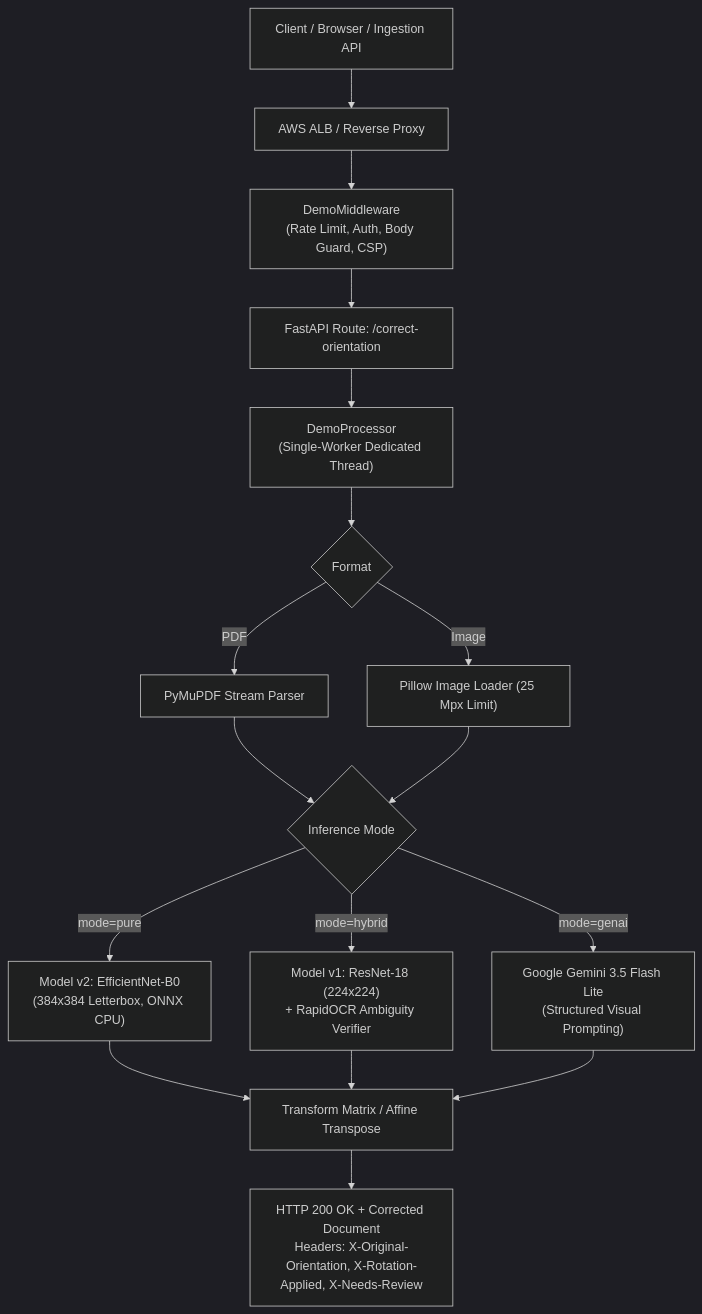
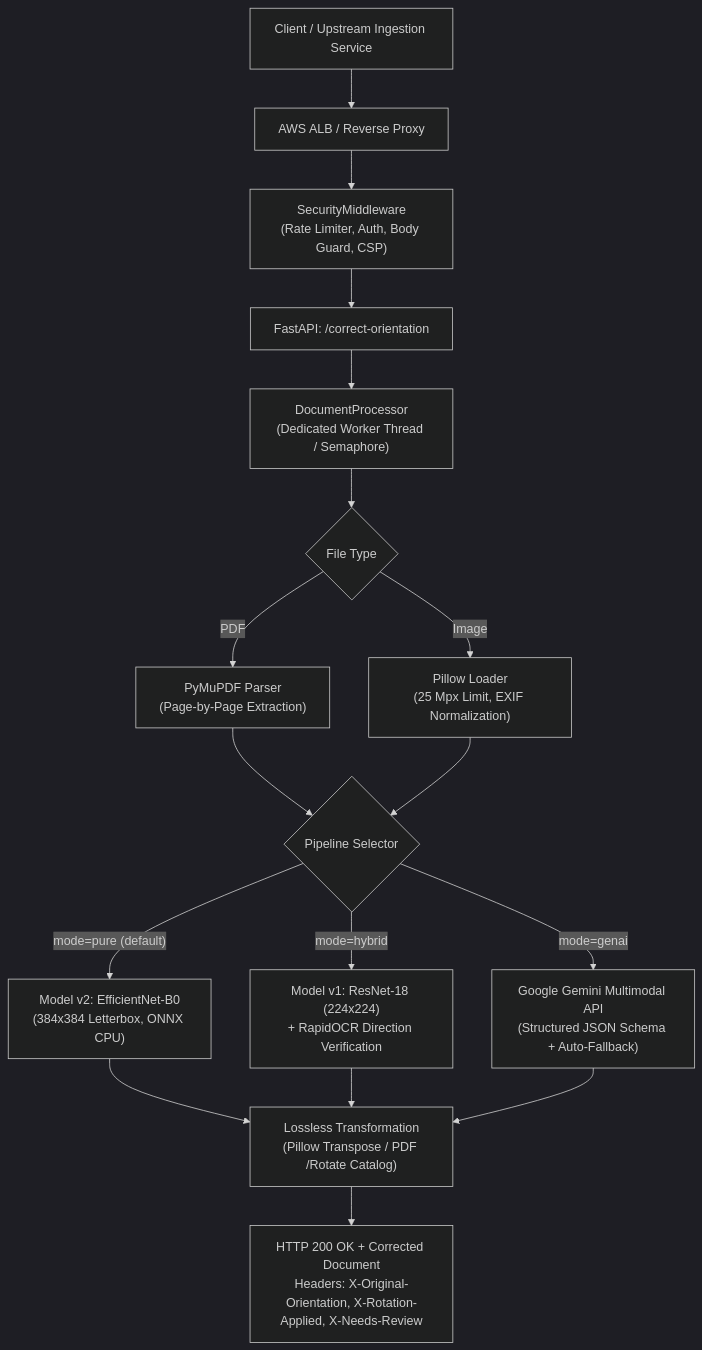
One commit to Kiril2206/doc-orientation-api changed the diagram in README.md. Above: the diagram before and after it, drawn with Mermaid (dark theme). The commit also changed other lines of this file and 18 other files, not shown here.

````diff
--- a/README.md
+++ b/README.md
@@ -32,24 +33,24 @@
 ```mermaid
 flowchart TD
-    Client["Client / Browser / Ingestion API"] --> ALB["AWS ALB / Reverse Proxy"]
-    ALB --> MW["DemoMiddleware\n(Rate Limit, Auth, Body Guard, CSP)"]
-    MW --> Route["FastAPI Route: /correct-orientation"]
-    Route --> Proc["DemoProcessor\n(Single-Worker Dedicated Thread)"]
+    Client["Client / Upstream Ingestion Service"] --> ALB["AWS ALB / Reverse Proxy"]
+    ALB --> MW["SecurityMiddleware\n(Rate Limiter, Auth, Body Guard, CSP)"]
+    MW --> Route["FastAPI: /correct-orientation"]
+    Route --> Proc["DocumentProcessor\n(Dedicated Worker Thread / Semaphore)"]
 
-    Proc --> Dec{"Format"}
-    Dec -- "PDF" --> PyMuPDF["PyMuPDF Stream Parser"]
-    Dec -- "Image" --> Pillow["Pillow Image Loader (25 Mpx Limit)"]
+    Proc --> FormatSwitch{"File Type"}
+    FormatSwitch -- "PDF" --> PyMuPDF["PyMuPDF Parser\n(Page-by-Page Extraction)"]
+    FormatSwitch -- "Image" --> Pillow["Pillow Loader\n(25 Mpx Limit, EXIF Normalization)"]
 
-    PyMuPDF --> PipelineRouter{"Inference Mode"}
-    Pillow --> PipelineRouter
+    PyMuPDF --> Router{"Pipeline Selector"}
+    Pillow --> Router
 
-    PipelineRouter -- "mode=pure" --> V2["Model v2: EfficientNet-B0\n(384x384 Letterbox, ONNX CPU)"]
-    PipelineRouter -- "mode=hybrid" --> V1["Model v1: ResNet-18 (224x224)\n+ RapidOCR Ambiguity Verifier"]
-    PipelineRouter -- "mode=genai" --> Gemini["Google Gemini 3.5 Flash Lite\n(Structured Visual Prompting)"]
+    Router -- "mode=pure (default)" --> V2["Model v2: EfficientNet-B0\n(384x384 Letterbox, ONNX CPU)"]
+    Router -- "mode=hybrid" --> V1["Model v1: ResNet-18 (224x224)\n+ RapidOCR Direction Verification"]
+    Router -- "mode=genai" --> Gemini["Google Gemini Multimodal API\n(Structured JSON Schema + Auto-Fallback)"]
 
-    V2 --> OutWriter["Transform Matrix / Affine Transpose"]
-    V1 --> OutWriter
-    Gemini --> OutWriter
+    V2 --> Transform["Lossless Transformation\n(Pillow Transpose / PDF /Rotate Catalog)"]
+    V1 --> Transform
+    Gemini --> Transform
 
-    OutWriter --> Resp["HTTP 200 OK + Corrected Document\nHeaders: X-Original-Orientation, X-Rotation-Applied, X-Needs-Review"]
+    Transform --> Out["HTTP 200 OK + Corrected Document\nHeaders: X-Original-Orientation, X-Rotation-Applied, X-Needs-Review"]
 ```
````
